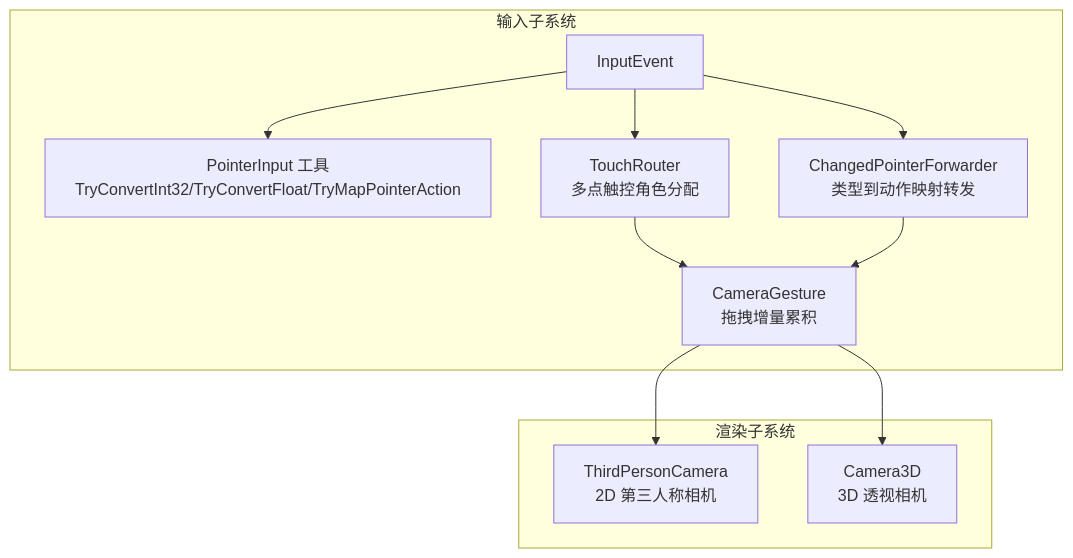
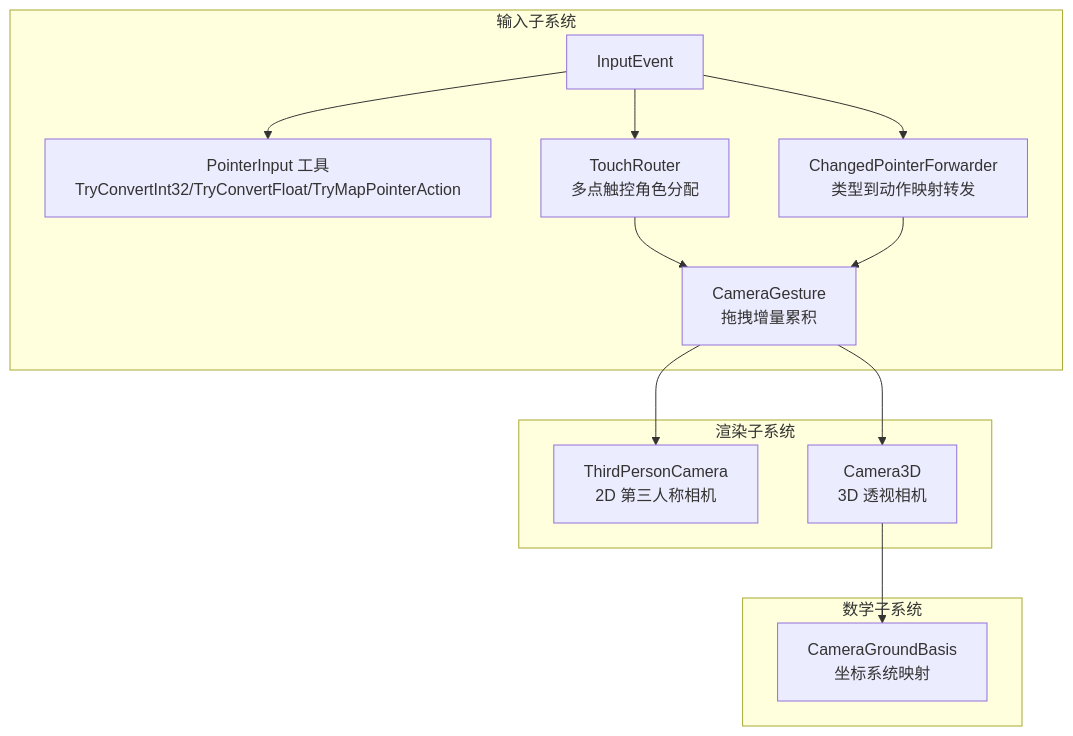
One commit to sj123sheng/my-world changed the first of 8 diagrams in .qoder/repowiki/zh/content/输入处理系统/相机手势识别.md. Above: the diagram before and after it, drawn with Mermaid. The commit also changed other lines of this file and 28 other files, not shown here.

````diff
--- a/.qoder/repowiki/zh/content/输入处理系统/相机手势识别.md
+++ b/.qoder/repowiki/zh/content/输入处理系统/相机手势识别.md
@@ -37,21 +49,25 @@
 ```mermaid
 graph TB
 subgraph "输入子系统"
 IE["InputEvent"]
 PI["PointerInput 工具<br/>TryConvertInt32/TryConvertFloat/TryMapPointerAction"]
 TR["TouchRouter<br/>多点触控角色分配"]
 CPF["ChangedPointerForwarder<br/>类型到动作映射转发"]
 CG["CameraGesture<br/>拖拽增量累积"]
+end
+subgraph "数学子系统"
+CGB["CameraGroundBasis<br/>坐标系统映射"]
 end
 subgraph "渲染子系统"
 TPC["ThirdPersonCamera<br/>2D 第三人称相机"]
 C3D["Camera3D<br/>3D 透视相机"]
 end
 IE --> PI
 IE --> TR
 IE --> CPF
 TR --> CG
 CPF --> CG
 CG --> TPC
 CG --> C3D
+C3D --> CGB
 ```
````
